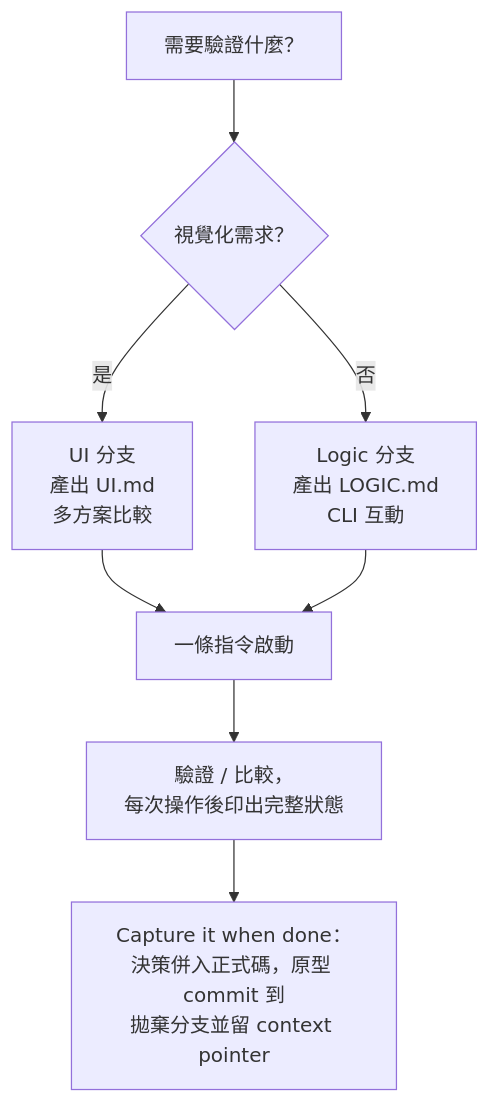
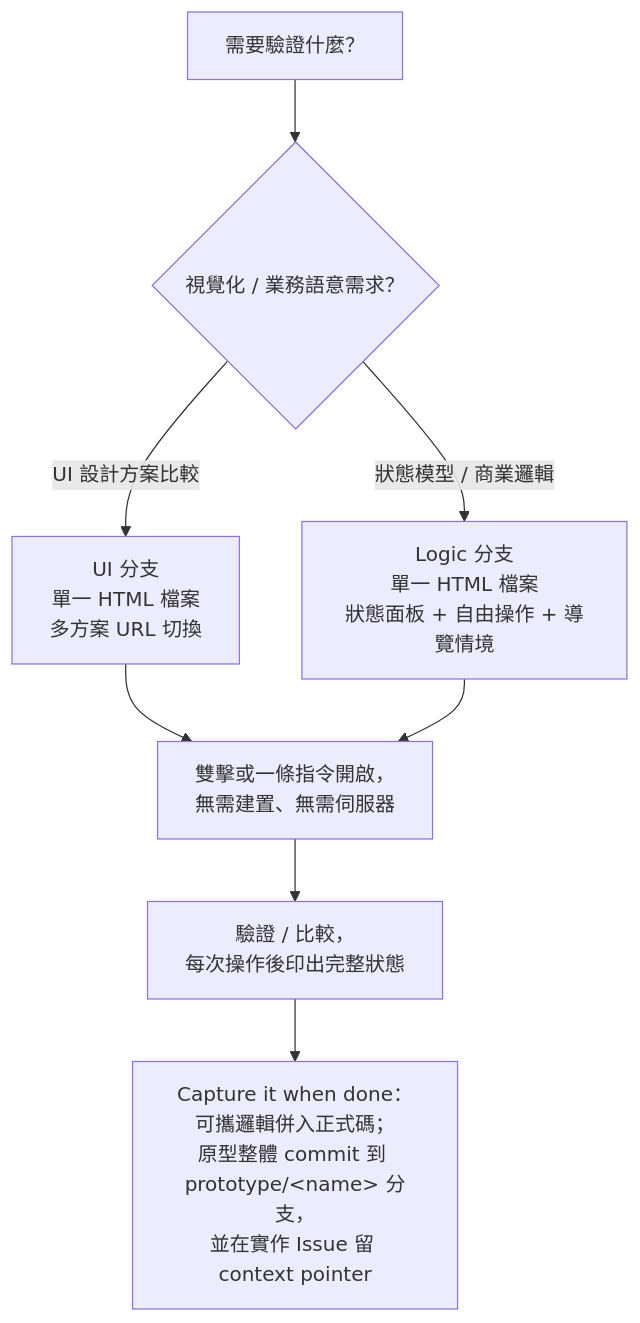
Before and after one commit to chihhung/Blog: the ninth of 15 diagrams in content/posts/教學/AI開發/mattpocock skills 教學手冊.md, drawn with Mermaid. The commit also changed other lines of this file, not shown here.

````diff
--- a/content/posts/教學/AI開發/mattpocock skills 教學手冊.md
+++ b/content/posts/教學/AI開發/mattpocock skills 教學手冊.md
@@ -1784,10 +1812,10 @@
 ```mermaid
 flowchart TD
-    A["需要驗證什麼？"] --> B{"視覺化需求？"}
-    B -->|"是"| C["UI 分支<br/>產出 UI.md<br/>多方案比較"]
-    B -->|"否"| D["Logic 分支<br/>產出 LOGIC.md<br/>CLI 互動"]
-    C --> E["一條指令啟動"]
+    A["需要驗證什麼？"] --> B{"視覺化 / 業務語意需求？"}
+    B -->|"UI 設計方案比較"| C["UI 分支<br/>單一 HTML 檔案<br/>多方案 URL 切換"]
+    B -->|"狀態模型 / 商業邏輯"| D["Logic 分支<br/>單一 HTML 檔案<br/>狀態面板 + 自由操作 + 導覽情境"]
+    C --> E["雙擊或一條指令開啟，<br/>無需建置、無需伺服器"]
     D --> E
     E --> F["驗證 / 比較，<br/>每次操作後印出完整狀態"]
-    F --> G["Capture it when done：<br/>決策併入正式碼，原型 commit 到<br/>拋棄分支並留 context pointer"]
+    F --> G["Capture it when done：<br/>可攜邏輯併入正式碼；<br/>原型整體 commit 到 prototype/&lt;name&gt; 分支，<br/>並在實作 Issue 留 context pointer"]
 ```
````
